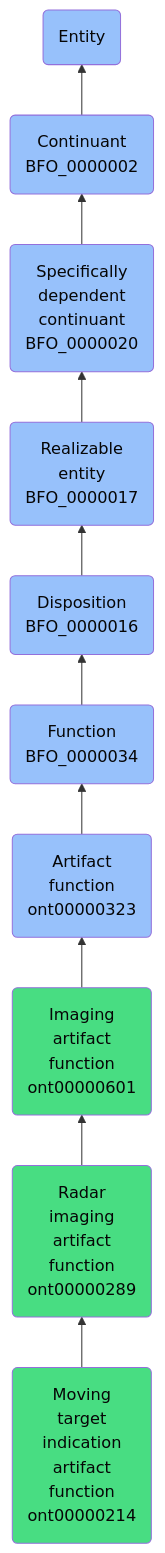
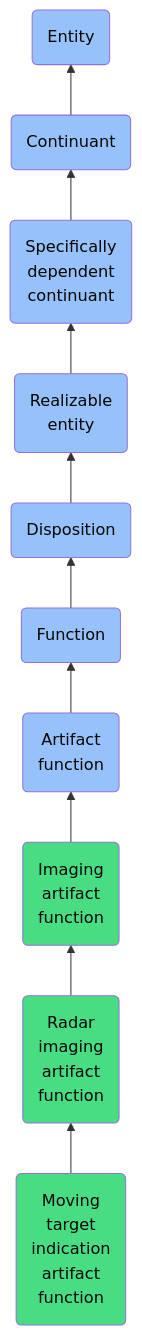
One commit to jupyter-naas/abi changed the diagram in docs/ontology/reference/model/Entity/Continuant/Specifically dependent continuant/Realizable entity/Disposition/Function/Artifact function/Imaging artifact function/Radar imaging artifact function/Moving target indication artifact function/Moving target indication artifact function.md. Above: the diagram before and after it, drawn with Mermaid. The commit also changed other lines of this file and 1430 other files, not shown here.

````diff
--- a/docs/ontology/reference/model/Entity/Continuant/Specifically dependent continuant/Realizable entity/Disposition/Function/Artifact function/Imaging artifact function/Radar imaging artifact function/Moving target indication artifact function/Moving target indication artifact function.md
+++ b/docs/ontology/reference/model/Entity/Continuant/Specifically dependent continuant/Realizable entity/Disposition/Function/Artifact function/Imaging artifact function/Radar imaging artifact function/Moving target indication artifact function/Moving target indication artifact function.md
@@ -24,17 +24,17 @@
 ```mermaid
 graph BT
-    ont00000214(Moving<br>target<br>indication<br>artifact<br>function<br>ont00000214):::ABI-->ont00000289
-    ont00000289(Radar<br>imaging<br>artifact<br>function<br>ont00000289):::ABI-->ont00000601
-    ont00000601(Imaging<br>artifact<br>function<br>ont00000601):::ABI-->ont00000323
-    ont00000323(Artifact<br>function<br>ont00000323):::BFO-->BFO_0000034
-    BFO_0000034(Function<br>BFO_0000034):::BFO-->BFO_0000016
-    BFO_0000016(Disposition<br>BFO_0000016):::BFO-->BFO_0000017
-    BFO_0000017(Realizable<br>entity<br>BFO_0000017):::BFO-->BFO_0000020
-    BFO_0000020(Specifically<br>dependent<br>continuant<br>BFO_0000020):::BFO-->BFO_0000002
-    BFO_0000002(Continuant<br>BFO_0000002):::BFO-->BFO_0000001
+    ont00000214(Moving<br>target<br>indication<br>artifact<br>function):::ABI-->ont00000289
+    ont00000289(Radar<br>imaging<br>artifact<br>function):::ABI-->ont00000601
+    ont00000601(Imaging<br>artifact<br>function):::ABI-->ont00000323
+    ont00000323(Artifact<br>function):::BFO-->BFO_0000034
+    BFO_0000034(Function):::BFO-->BFO_0000016
+    BFO_0000016(Disposition):::BFO-->BFO_0000017
+    BFO_0000017(Realizable<br>entity):::BFO-->BFO_0000020
+    BFO_0000020(Specifically<br>dependent<br>continuant):::BFO-->BFO_0000002
+    BFO_0000002(Continuant):::BFO-->BFO_0000001
     BFO_0000001(Entity):::BFO
     
     classDef BFO fill:#97c1fb,color:#060606
     classDef CCO fill:#e4c51e,color:#060606
     classDef ABI fill:#48DD82,color:#060606
 ```
````
